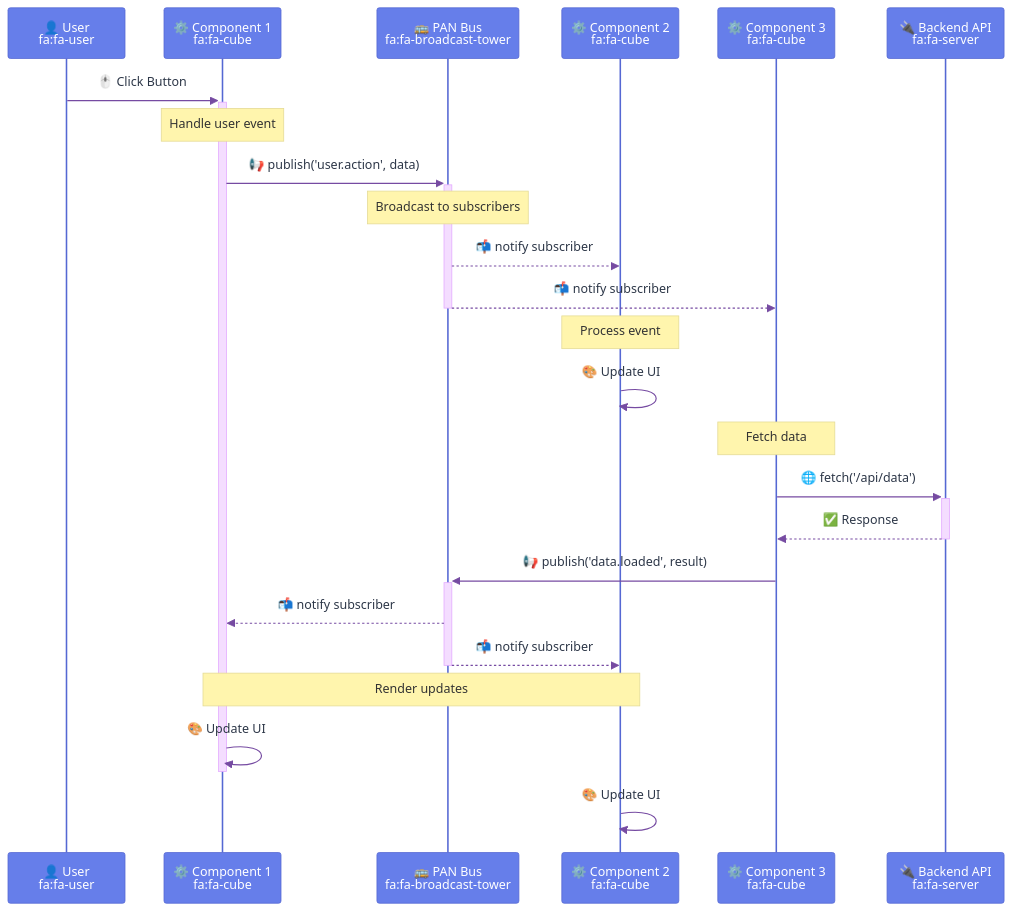
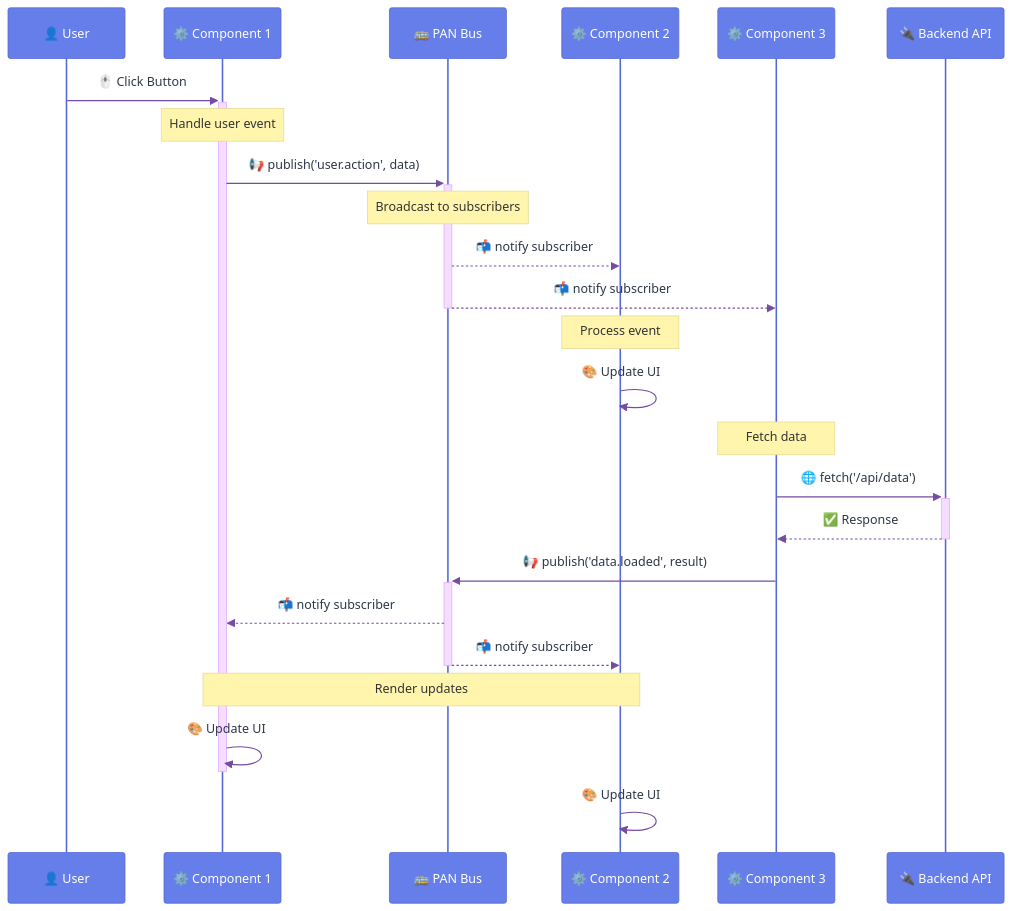
Before and after one commit to larcjs/larc: the second of 5 diagrams in docs/books/learning-larc/diagrams/01-architecture-overview.md, drawn with Mermaid. The commit also changed other lines of this file and 1 other file, not shown here.

First line of the commit message:
fix: remove FontAwesome icon references from diagrams

````diff
--- a/docs/books/learning-larc/diagrams/01-architecture-overview.md
+++ b/docs/books/learning-larc/diagrams/01-architecture-overview.md
@@ -78,33 +78,33 @@
 ```mermaid
 %%{init: {'theme':'base', 'themeVariables': { 'actorBkg':'#667eea','actorBorder':'#5568d3','actorTextColor':'#fff','signalColor':'#764ba2','signalTextColor':'#2d3748','labelBoxBkgColor':'#f7fafc','labelBoxBorderColor':'#cbd5e0'}}}%%
 sequenceDiagram
-    participant U as 👤 User<br/>fa:fa-user
-    participant C1 as ⚙️ Component 1<br/>fa:fa-cube
-    participant PAN as 🚌 PAN Bus<br/>fa:fa-broadcast-tower
-    participant C2 as ⚙️ Component 2<br/>fa:fa-cube
-    participant C3 as ⚙️ Component 3<br/>fa:fa-cube
-    participant API as 🔌 Backend API<br/>fa:fa-server
+    participant U as 👤 User
+    participant C1 as ⚙️ Component 1
+    participant PAN as 🚌 PAN Bus
+    participant C2 as ⚙️ Component 2
+    participant C3 as ⚙️ Component 3
+    participant API as 🔌 Backend API
 
     U->>+C1: 🖱️ Click Button
     Note over C1: Handle user event
     C1->>+PAN: 📢 publish('user.action', data)
     Note over PAN: Broadcast to subscribers
 
     PAN-->>C2: 📬 notify subscriber
     PAN-->>-C3: 📬 notify subscriber
 
     Note over C2: Process event
     C2->>C2: 🎨 Update UI
 
     Note over C3: Fetch data
     C3->>+API: 🌐 fetch('/api/data')
     API-->>-C3: ✅ Response
     C3->>+PAN: 📢 publish('data.loaded', result)
 
     PAN-->>C1: 📬 notify subscriber
     PAN-->>-C2: 📬 notify subscriber
 
     Note over C1,C2: Render updates
     C1->>-C1: 🎨 Update UI
     C2->>C2: 🎨 Update UI
 ```
````
